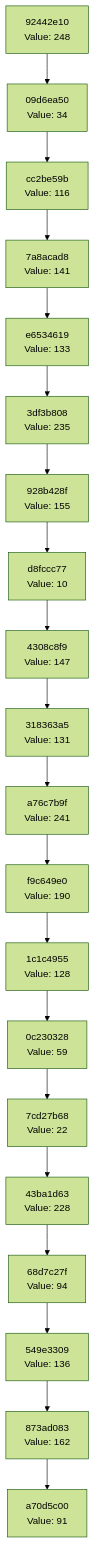
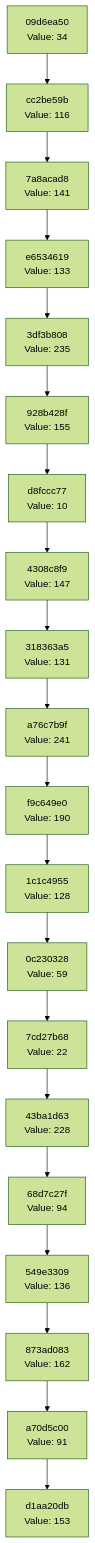
One commit to Abhisheksinha1506/hash-chain-evolver changed the diagram in docs/CHAIN_VISUALIZATION.md. Above: the diagram before and after it, drawn with Mermaid (forest theme). The commit also changed 2 other files, not shown here.

Commit message:
Evolution Step

````diff
--- a/docs/CHAIN_VISUALIZATION.md
+++ b/docs/CHAIN_VISUALIZATION.md
@@ -3,42 +3,42 @@
 ```mermaid
 graph TD
-    C0["a70d5c00<br/>Value: 91"]
-    C1["873ad083<br/>Value: 162"]
+    C0["d1aa20db<br/>Value: 153"]
+    C1["a70d5c00<br/>Value: 91"]
     C1 --> C0
-    C2["549e3309<br/>Value: 136"]
+    C2["873ad083<br/>Value: 162"]
     C2 --> C1
-    C3["68d7c27f<br/>Value: 94"]
+    C3["549e3309<br/>Value: 136"]
     C3 --> C2
-    C4["43ba1d63<br/>Value: 228"]
+    C4["68d7c27f<br/>Value: 94"]
     C4 --> C3
-    C5["7cd27b68<br/>Value: 22"]
+    C5["43ba1d63<br/>Value: 228"]
     C5 --> C4
-    C6["0c230328<br/>Value: 59"]
+    C6["7cd27b68<br/>Value: 22"]
     C6 --> C5
-    C7["1c1c4955<br/>Value: 128"]
+    C7["0c230328<br/>Value: 59"]
     C7 --> C6
-    C8["f9c649e0<br/>Value: 190"]
+    C8["1c1c4955<br/>Value: 128"]
     C8 --> C7
-    C9["a76c7b9f<br/>Value: 241"]
+    C9["f9c649e0<br/>Value: 190"]
     C9 --> C8
-    C10["318363a5<br/>Value: 131"]
+    C10["a76c7b9f<br/>Value: 241"]
     C10 --> C9
-    C11["4308c8f9<br/>Value: 147"]
+    C11["318363a5<br/>Value: 131"]
     C11 --> C10
-    C12["d8fccc77<br/>Value: 10"]
+    C12["4308c8f9<br/>Value: 147"]
     C12 --> C11
-    C13["928b428f<br/>Value: 155"]
+    C13["d8fccc77<br/>Value: 10"]
     C13 --> C12
-    C14["3df3b808<br/>Value: 235"]
+    C14["928b428f<br/>Value: 155"]
     C14 --> C13
-    C15["e6534619<br/>Value: 133"]
+    C15["3df3b808<br/>Value: 235"]
     C15 --> C14
-    C16["7a8acad8<br/>Value: 141"]
+    C16["e6534619<br/>Value: 133"]
     C16 --> C15
-    C17["cc2be59b<br/>Value: 116"]
+    C17["7a8acad8<br/>Value: 141"]
     C17 --> C16
-    C18["09d6ea50<br/>Value: 34"]
+    C18["cc2be59b<br/>Value: 116"]
     C18 --> C17
-    C19["92442e10<br/>Value: 248"]
+    C19["09d6ea50<br/>Value: 34"]
     C19 --> C18
 ```
````
